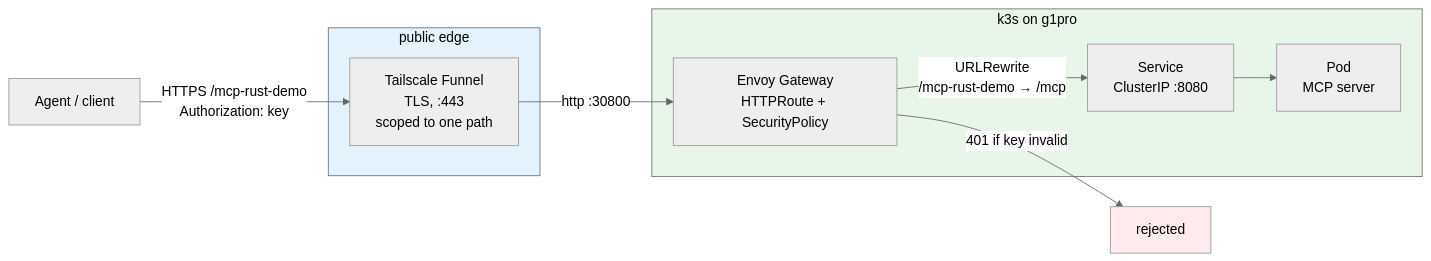
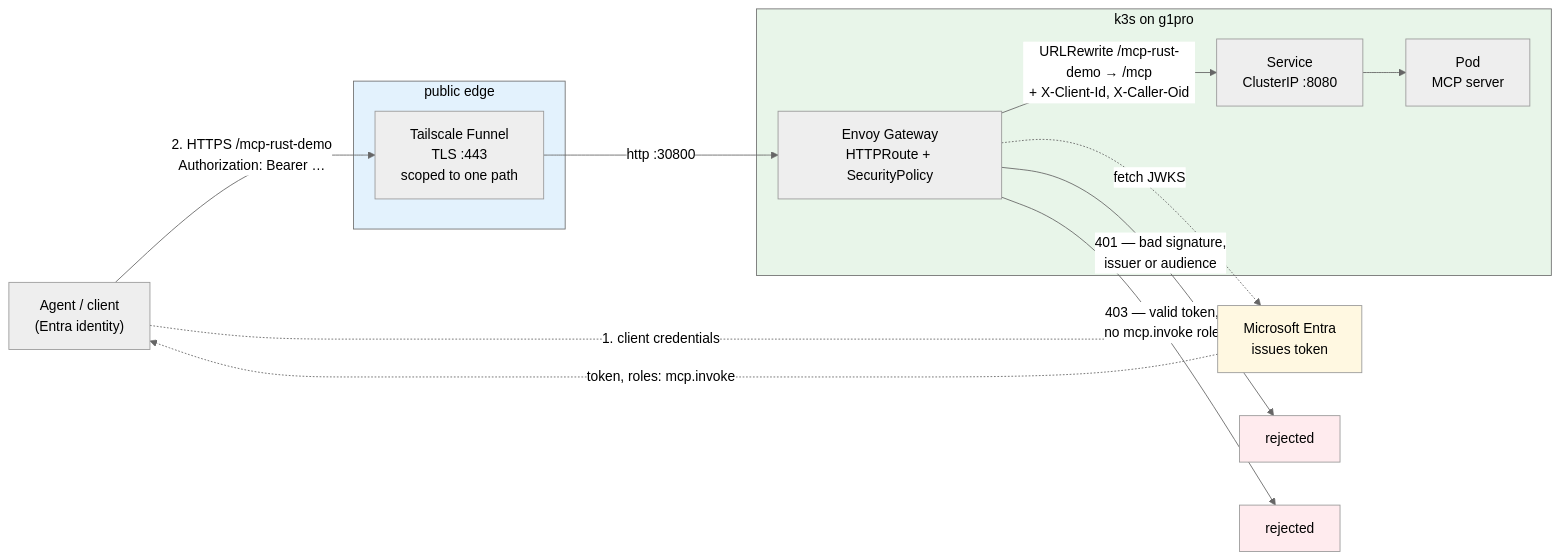
The third of 5 diagrams in README.md (preedep/mcp-rust-demo-001), drawn with Mermaid (neutral theme) before and after one commit. The commit also changed other lines of this file, not shown here.

Commit message:
Redraw the architecture diagrams for JWT auth
Three diagrams still showed the static API key the gateway no longer accepts.

The request-path diagram now shows the whole flow: the client obtaining a token by
client credentials, Envoy fetching the tenant JWKS to verify it, and the identity
headers forwarded on success. It draws the two rejection paths separately, since
telling them apart is what makes a failure diagnosable -- 401 is the token itself
(signature, issuer, audience), 403 is a valid token whose principal lacks the
mcp.invoke role.

The access-control sketch and the tool-call sequence carried the same stale "check
API key" step; both now show token verification and the role check.

All five diagrams re-rendered with mermaid-cli.

Claude-Session: https://claude.ai/code/session_015rjMnn2U91GFmJ8ncekmH5

````diff
--- a/README.md
+++ b/README.md
@@ -495,24 +495,33 @@
 ```mermaid
 flowchart LR
-    A[Agent / client]
+    A["Agent / client<br/>(Entra identity)"]
+    E["Microsoft Entra<br/>issues token"]
 
     subgraph edge["public edge"]
-        F[Tailscale Funnel<br/>TLS, :443<br/>scoped to one path]
+        F["Tailscale Funnel<br/>TLS :443<br/>scoped to one path"]
     end
 
     subgraph k3s["k3s on g1pro"]
-        G[Envoy Gateway<br/>HTTPRoute + SecurityPolicy]
-        S[Service<br/>ClusterIP :8080]
-        P[Pod<br/>MCP server]
+        G["Envoy Gateway<br/>HTTPRoute + SecurityPolicy"]
+        S["Service<br/>ClusterIP :8080"]
+        P["Pod<br/>MCP server"]
     end
 
-    A -->|"HTTPS /mcp-rust-demo<br/>Authorization: key"| F
+    A -.->|"1. client credentials"| E
+    E -.->|"token, roles: mcp.invoke"| A
+    A -->|"2. HTTPS /mcp-rust-demo<br/>Authorization: Bearer …"| F
     F -->|"http :30800"| G
-    G -->|"401 if key invalid"| X[rejected]
-    G -->|"URLRewrite<br/>/mcp-rust-demo → /mcp"| S
+
+    G -.->|"fetch JWKS"| E
+    G -->|"401 — bad signature,<br/>issuer or audience"| X1[rejected]
+    G -->|"403 — valid token,<br/>no mcp.invoke role"| X2[rejected]
+    G -->|"URLRewrite /mcp-rust-demo → /mcp<br/>+ X-Client-Id, X-Caller-Oid"| S
+
     S --> P
 
     style edge fill:#e3f2fd,color:#000
     style k3s fill:#e8f5e9,color:#000
-    style X fill:#ffebee,color:#000
+    style E fill:#fff8e1,color:#000
+    style X1 fill:#ffebee,color:#000
+    style X2 fill:#ffebee,color:#000
 ```
````
